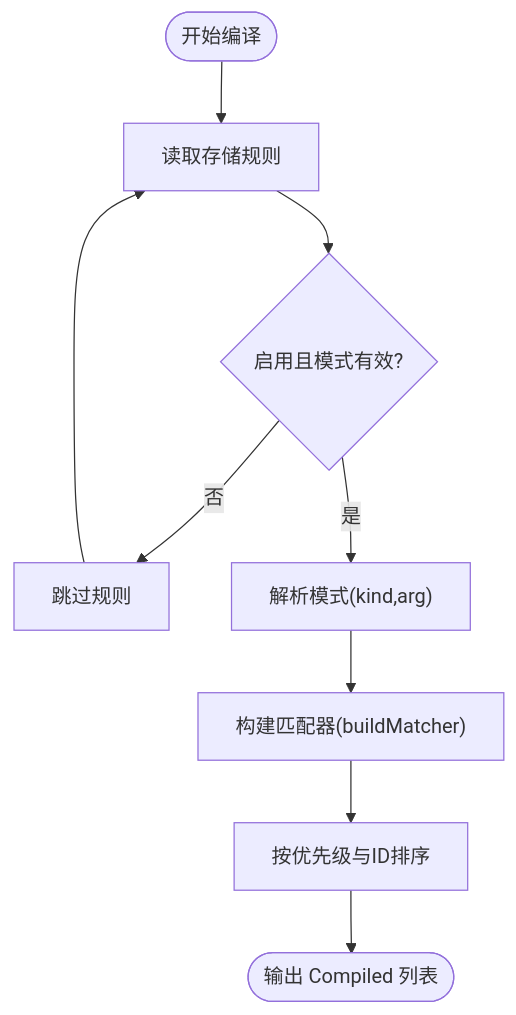
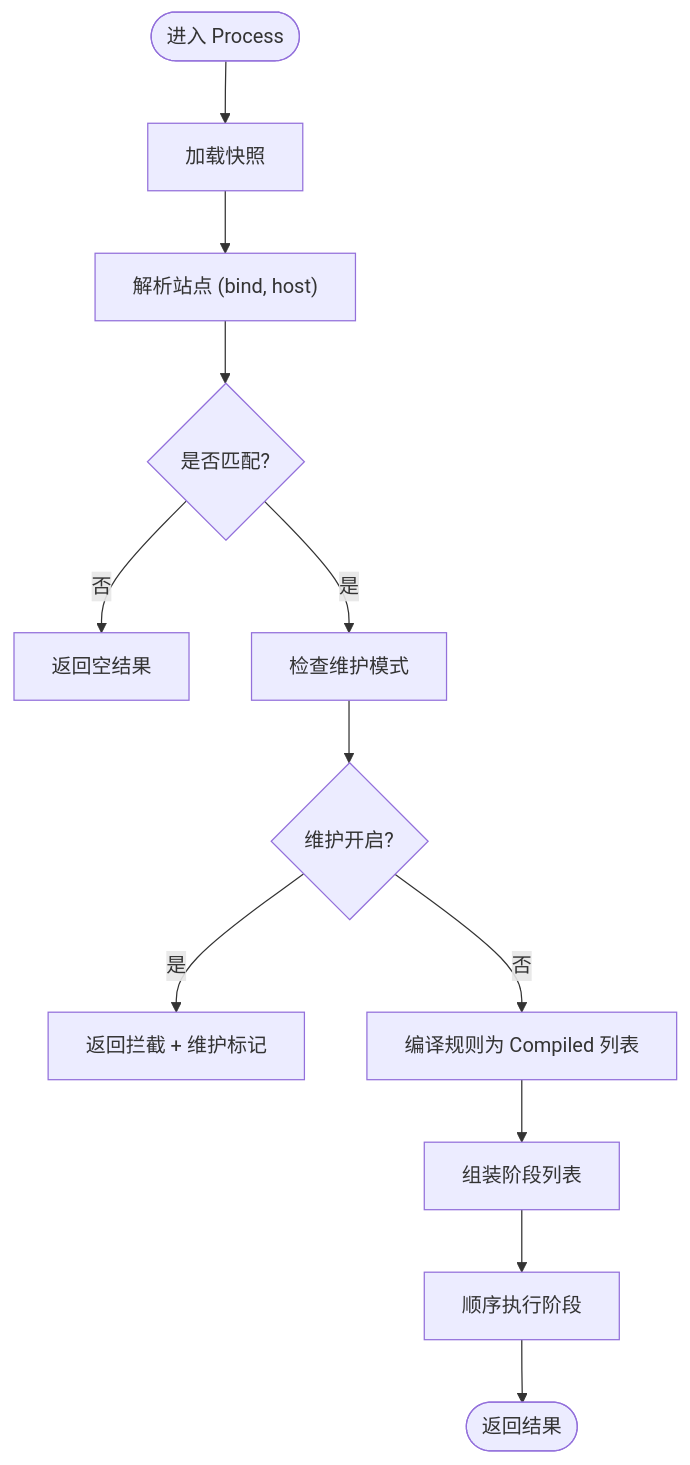
One commit to x01n/My-OpenWaf changed the fourth of 12 diagrams in docs/WAF 引擎系统/WAF 引擎系统.md. Above: the diagram before and after it, drawn with Mermaid. The commit also changed other lines of this file and 199 other files, not shown here.

````diff
--- a/docs/WAF 引擎系统/WAF 引擎系统.md
+++ b/docs/WAF 引擎系统/WAF 引擎系统.md
@@ -220,11 +288,14 @@
 ```mermaid
 flowchart TD
-Start(["开始编译"]) --> Load["读取存储规则"]
-Load --> Filter{"启用且模式有效?"}
-Filter --> |否| Skip["跳过规则"]
-Filter --> |是| Parse["解析模式(kind,arg)"]
-Parse --> Build["构建匹配器(buildMatcher)"]
-Build --> Sort["按优先级与ID排序"]
-Sort --> Out(["输出 Compiled 列表"])
-Skip --> Load
+Start(["进入 Process"]) --> LoadSnap["加载快照"]
+LoadSnap --> MatchSite["解析站点 (bind, host)"]
+MatchSite --> SiteOK{"是否匹配?"}
+SiteOK -- 否 --> ReturnEmpty["返回空结果"]
+SiteOK -- 是 --> MaintCheck["检查维护模式"]
+MaintCheck --> MaintOn{"维护开启?"}
+MaintOn -- 是 --> ReturnMaint["返回拦截 + 维护标记"]
+MaintOn -- 否 --> Compile["编译规则为 Compiled 列表"]
+Compile --> Phases["组装阶段列表"]
+Phases --> RunPipe["顺序执行阶段"]
+RunPipe --> Done(["返回结果"])
 ```
````
